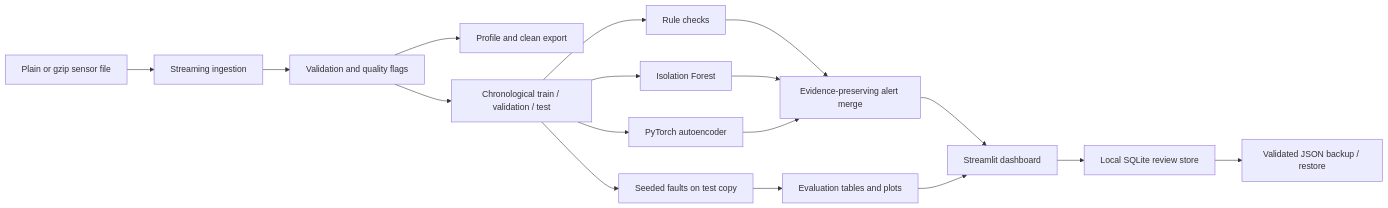
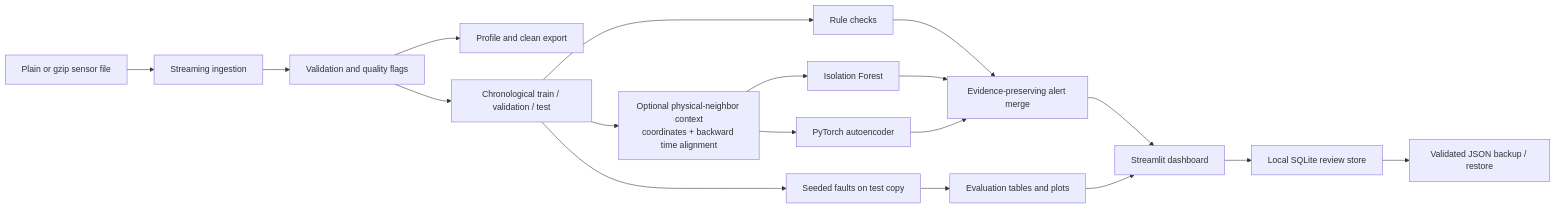
One commit to Nanduposina/SensorGuard changed the diagram in README.md. Above: the diagram before and after it, drawn with Mermaid. The commit also changed other lines of this file and 3 other files, not shown here.

````diff
--- a/README.md
+++ b/README.md
@@ -19,19 +23,20 @@
 ```mermaid
 flowchart LR
   Raw[Plain or gzip sensor file] --> Stream[Streaming ingestion]
   Stream --> Quality[Validation and quality flags]
   Quality --> Profile[Profile and clean export]
   Quality --> Split[Chronological train / validation / test]
   Split --> Rules[Rule checks]
-  Split --> IF[Isolation Forest]
-  Split --> AE[PyTorch autoencoder]
+  Split --> Context[Optional physical-neighbor context<br/>coordinates + backward time alignment]
+  Context --> IF[Isolation Forest]
+  Context --> AE[PyTorch autoencoder]
   Split --> Inject[Seeded faults on test copy]
   Rules --> Merge[Evidence-preserving alert merge]
   IF --> Merge
   AE --> Merge
   Inject --> Metrics[Evaluation tables and plots]
   Merge --> Dashboard[Streamlit dashboard]
   Metrics --> Dashboard
   Dashboard --> Review[Local SQLite review store]
   Review --> Backup[Validated JSON backup / restore]
 ```
````
